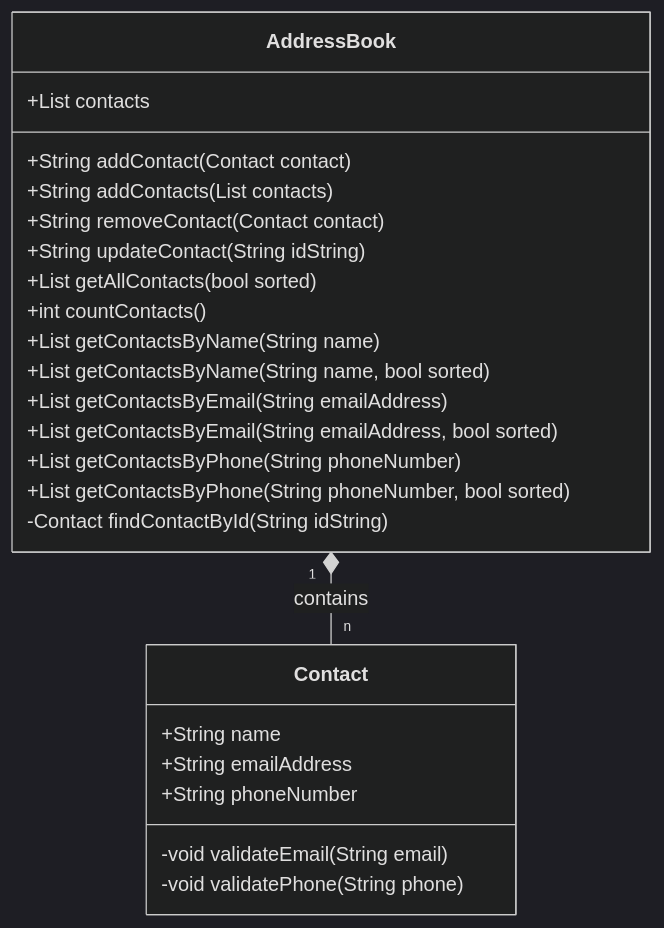
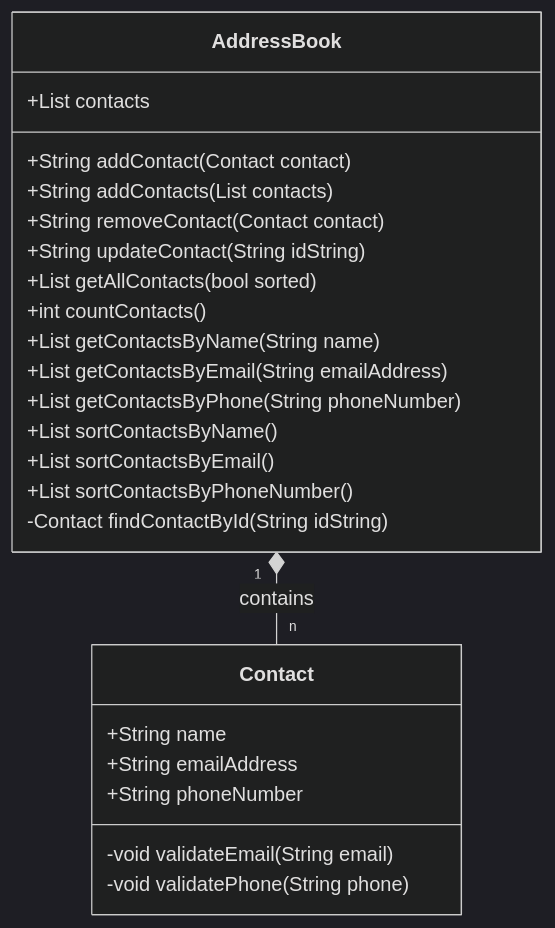
The diagram in docs/definition-of-done.md (jpmono416/df-challenge-3-copy), drawn with Mermaid (dark theme) before and after one commit. The commit also changed 2 other files, not shown here.

Commit message:
[Feat]: Case US12.1 passed. Added AddressBook.sortContactsByName

````diff
--- a/docs/definition-of-done.md
+++ b/docs/definition-of-done.md
@@ -8,30 +8,30 @@
 ```mermaid
 classDiagram
     AddressBook "1" *-- "n" Contact : contains
 
     class Contact {
         +String name
         +String emailAddress
         +String phoneNumber
         -void validateEmail(String email)
         -void validatePhone(String phone)
     }
     
     class AddressBook {
         +List<Contact> contacts
         +String addContact(Contact contact)
         +String addContacts(List<Contact> contacts)
         +String removeContact(Contact contact)
         +String updateContact(String idString)
         +List<Contact> getAllContacts(bool sorted)
         +int countContacts()
         +List<Contact> getContactsByName(String name)
-        +List<Contact> getContactsByName(String name, bool sorted)
         +List<Contact> getContactsByEmail(String emailAddress)
-        +List<Contact> getContactsByEmail(String emailAddress, bool sorted)
         +List<Contact> getContactsByPhone(String phoneNumber)
-        +List<Contact> getContactsByPhone(String phoneNumber, bool sorted)
+        +List<Contact> sortContactsByName()
+        +List<Contact> sortContactsByEmail()
+        +List<Contact> sortContactsByPhoneNumber()
         -Contact findContactById(String idString)
     }
         
 ```
````
